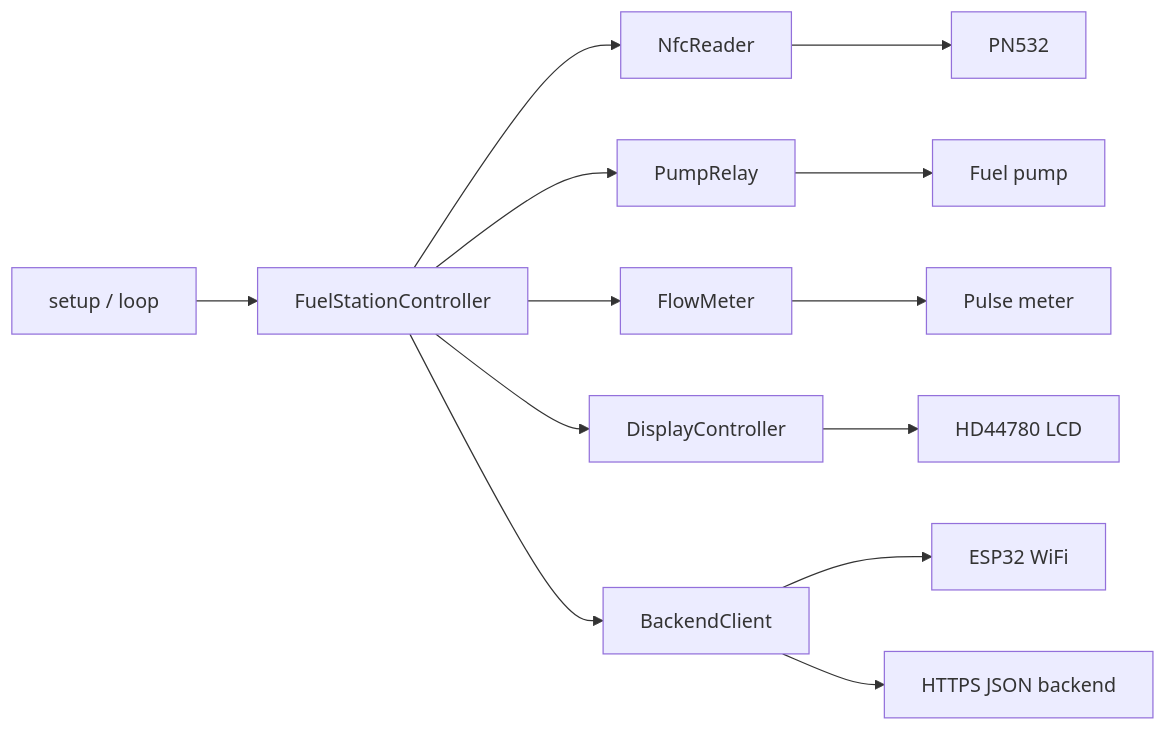
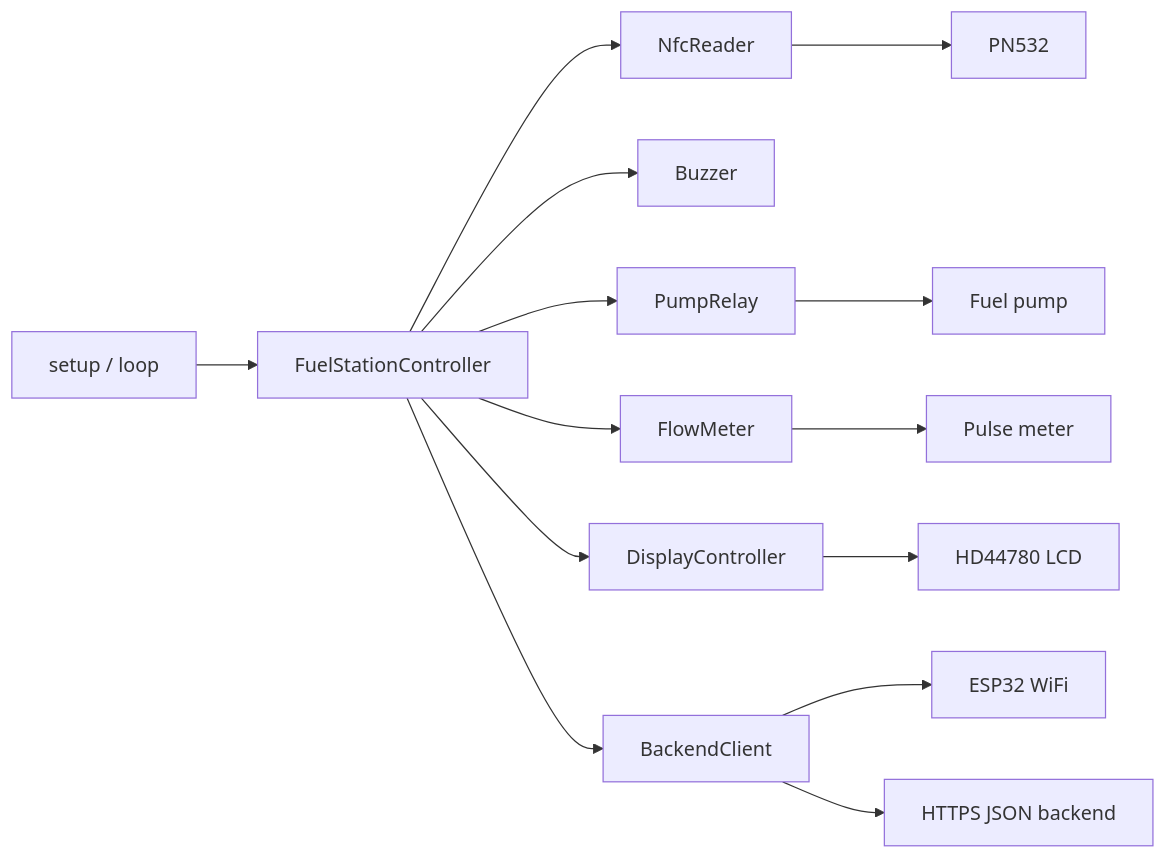
Before and after one commit to linuxianer99/ga_fuelstation_terminal_ng: the first of 3 diagrams in docs/ARCHITECTURE.md, drawn with Mermaid. The commit also changed other lines of this file and 8 other files, not shown here.

````diff
--- a/docs/ARCHITECTURE.md
+++ b/docs/ARCHITECTURE.md
@@ -21,15 +22,16 @@
 ```mermaid
 flowchart LR
     Main[setup / loop] --> Controller[FuelStationController]
     Controller --> NFC[NfcReader]
+    Controller --> Buzzer[Buzzer]
     Controller --> Relay[PumpRelay]
     Controller --> Meter[FlowMeter]
     Controller --> Display[DisplayController]
     Controller --> Backend[BackendClient]
     NFC --> PN532[PN532]
     Meter --> Pulse[Pulse meter]
     Relay --> Pump[Fuel pump]
     Display --> LCD[HD44780 LCD]
     Backend --> WiFi[ESP32 WiFi]
     Backend --> API[HTTPS JSON backend]
 ```
````
